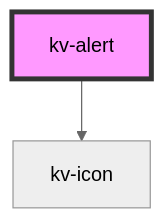
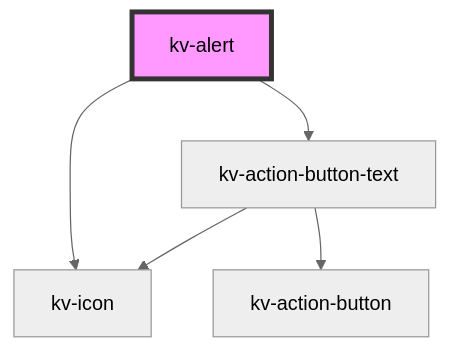
The diagram in packages/ui-components/src/components/alert/readme.md (kelvininc/ui-components), drawn with Mermaid (neutral theme) before and after one commit. The commit also changed other lines of this file and 39 other files, not shown here.

````diff
--- a/packages/ui-components/src/components/alert/readme.md
+++ b/packages/ui-components/src/components/alert/readme.md
@@ -101,5 +110,8 @@
 ```mermaid
 graph TD;
   kv-alert --> kv-icon
+  kv-alert --> kv-action-button-text
+  kv-action-button-text --> kv-action-button
+  kv-action-button-text --> kv-icon
   style kv-alert fill:#f9f,stroke:#333,stroke-width:4px
 ```
````
